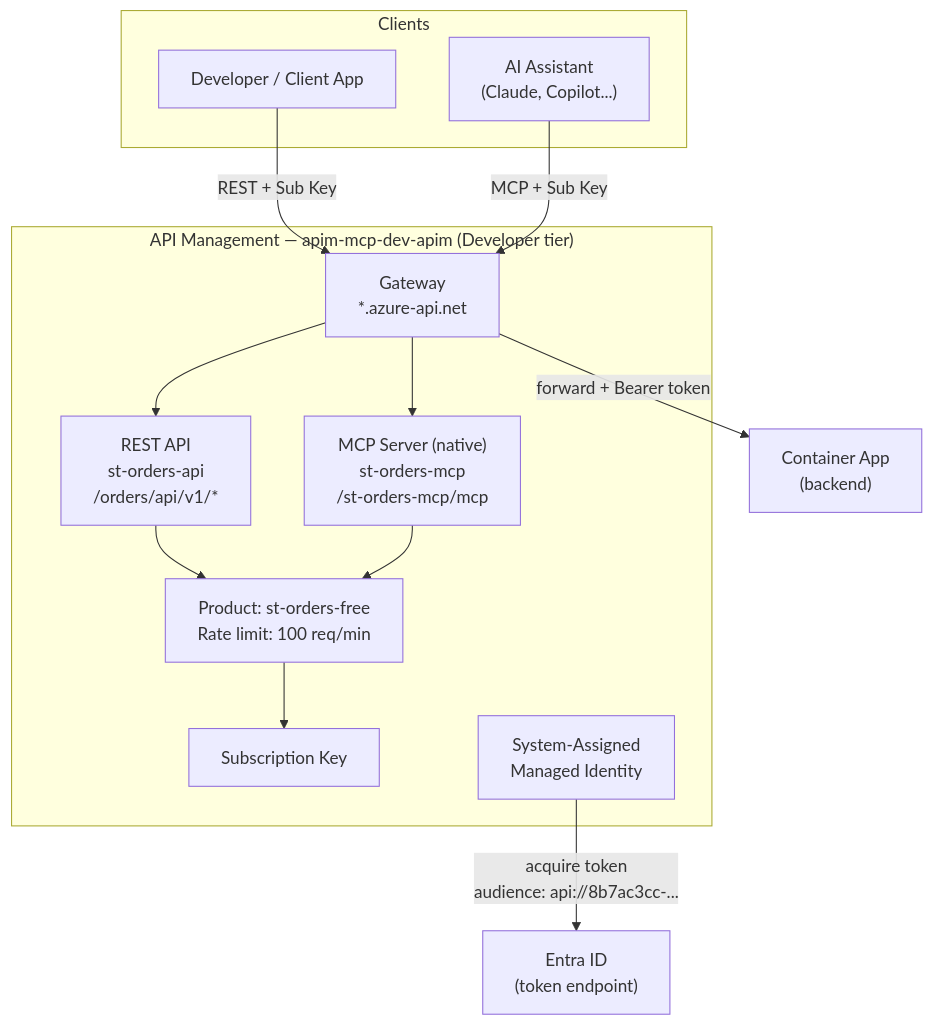
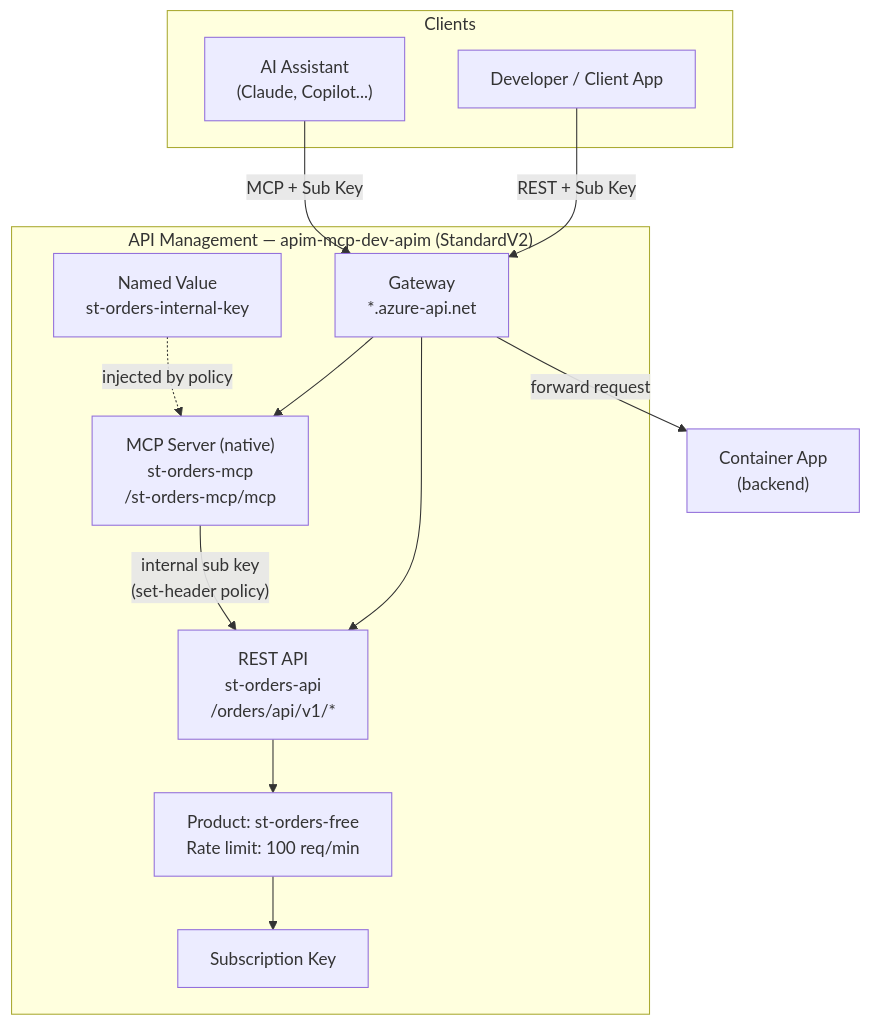
Before and after one commit to ozgurkarahan/azure-apim-mcp-server: the second of 6 diagrams in docs/architecture.md, drawn with Mermaid. The commit also changed other lines of this file and 12 other files, not shown here.

````diff
--- a/docs/architecture.md
+++ b/docs/architecture.md
@@ -75,29 +72,28 @@
 ```mermaid
 graph TB
     subgraph "Clients"
         DEV["Developer / Client App"]
         AI["AI Assistant<br/>(Claude, Copilot...)"]
     end
 
-    subgraph "API Management — apim-mcp-dev-apim (Developer tier)"
+    subgraph "API Management — apim-mcp-dev-apim (StandardV2)"
         GW["Gateway<br/>*.azure-api.net"]
         REST["REST API<br/>st-orders-api<br/>/orders/api/v1/*"]
         MCP["MCP Server (native)<br/>st-orders-mcp<br/>/st-orders-mcp/mcp"]
         PROD["Product: st-orders-free<br/>Rate limit: 100 req/min"]
         SUB["Subscription Key"]
-        MI["System-Assigned<br/>Managed Identity"]
+        NV["Named Value<br/>st-orders-internal-key"]
     end
 
     BACKEND["Container App<br/>(backend)"]
-    ENTRA["Entra ID<br/>(token endpoint)"]
 
     DEV -->|"REST + Sub Key"| GW
     AI -->|"MCP + Sub Key"| GW
     GW --> REST
     GW --> MCP
+    MCP -->|"internal sub key<br/>(set-header policy)"| REST
     REST --> PROD
-    MCP --> PROD
     PROD --> SUB
-    MI -->|"acquire token<br/>audience: api://8b7ac3cc-..."| ENTRA
-    GW -->|"forward + Bearer token"| BACKEND
+    NV -.->|"injected by policy"| MCP
+    GW -->|"forward request"| BACKEND
 ```
````
